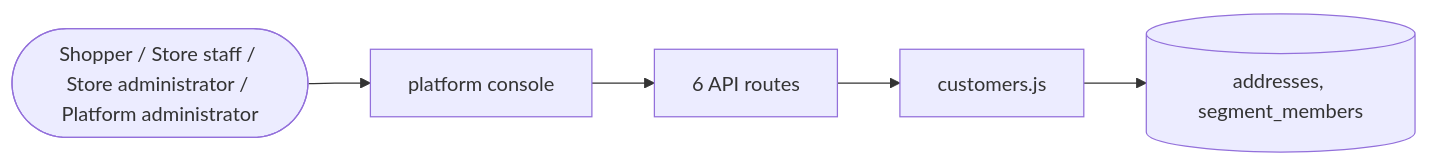
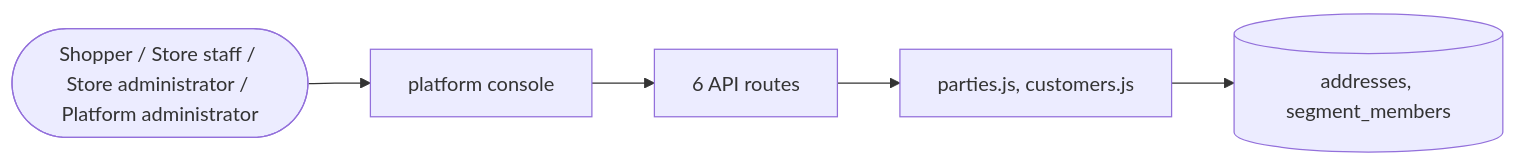
Before and after one commit to echelonxventures-Projects/universal-product: the diagram in docs/domains/customers.md, drawn with Mermaid. The commit also changed other lines of this file and 20 other files, not shown here.

````diff
--- a/docs/domains/customers.md
+++ b/docs/domains/customers.md
@@ -63,8 +64,8 @@
 ```mermaid
 flowchart LR
   U([Shopper / Store staff / Store administrator / Platform administrator]) --> UI[platform console]
   UI --> API[6 API routes]
-  API --> ENG[customers.js]
+  API --> ENG[parties.js, customers.js]
   ENG --> DB[(addresses, segment_members)]
 
 ```
````
